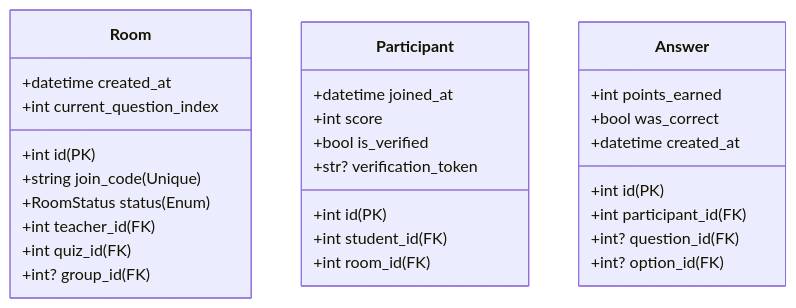
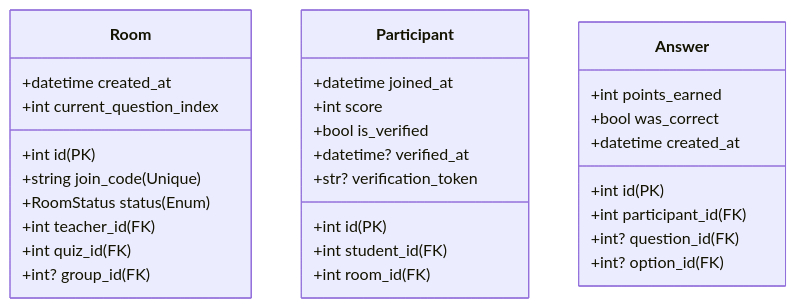
The third of 4 diagrams in docs/modelo_de_datos.md (frangago71/quizzie-TFG), drawn with Mermaid before and after one commit. The commit also changed other lines of this file and 1 other file, not shown here.

First line of the commit message:
chore: add verified at datetime to improve reverification handling

````diff
--- a/docs/modelo_de_datos.md
+++ b/docs/modelo_de_datos.md
@@ -105,34 +106,35 @@
 ```mermaid
 classDiagram
     direction TB
     class Room {
             +int id (PK)
             +string join_code (Unique)
             +RoomStatus status (Enum)
             +datetime created_at
             +int current_question_index
             +int teacher_id (FK)
             +int quiz_id (FK)
             +int? group_id (FK)
         }
 
     class Participant {
         +int id (PK)
         +datetime joined_at
         +int score
         +bool is_verified
+        +datetime? verified_at  
         +str? verification_token
         +int student_id (FK)
         +int room_id (FK)
     }
 
     class Answer {
         +int id (PK)
         +int points_earned
         +bool was_correct
         +datetime created_at
         +int participant_id (FK)
         +int? question_id (FK)
         +int? option_id (FK)
     }
 ```
````
